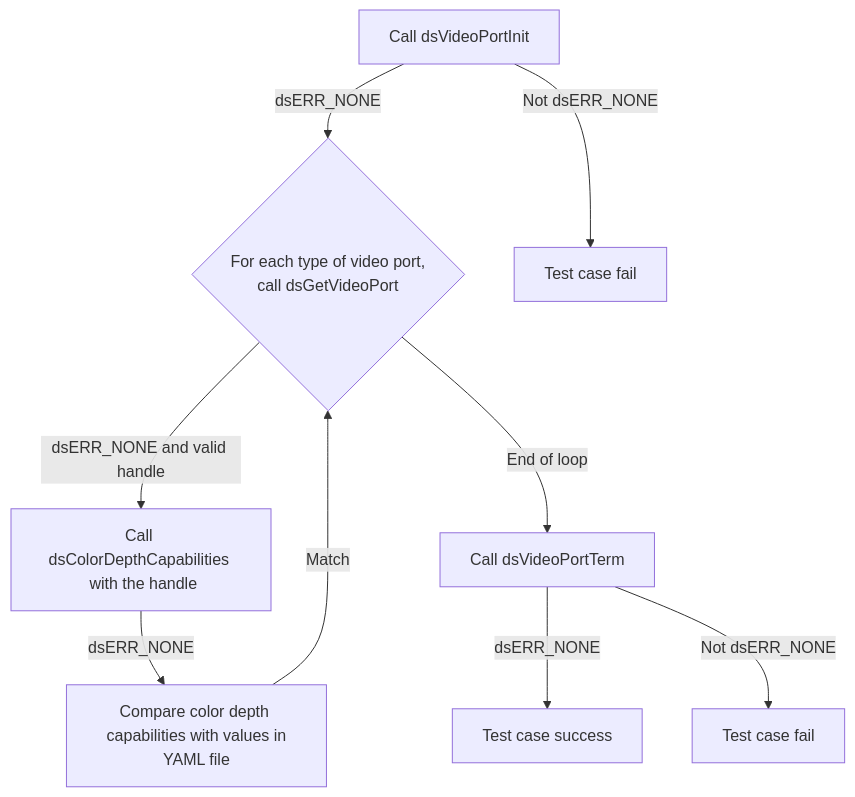
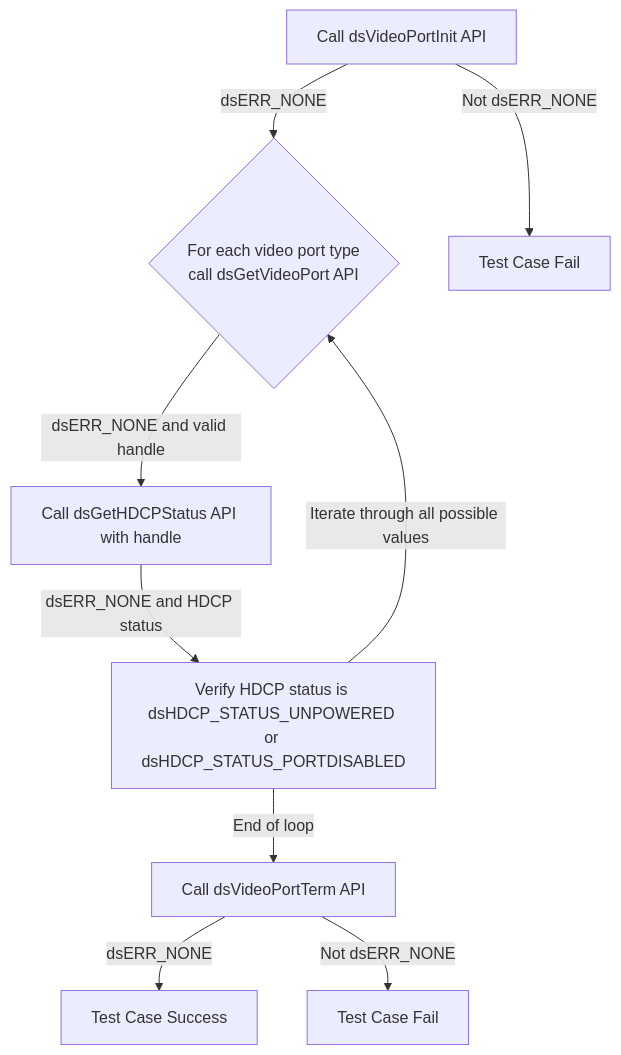
Diagram 15 of 30 in docs/pages/dsVideoPort_L2_Low-Level_TestSpecification.md (rdkcentral/rdk-halif-test-device_settings), drawn with Mermaid before and after one commit. The commit also changed other lines of this file and 5 other files, not shown here.

````diff
--- a/docs/pages/dsVideoPort_L2_Low-Level_TestSpecification.md
+++ b/docs/pages/dsVideoPort_L2_Low-Level_TestSpecification.md
@@ -601,11 +687,11 @@
 ```mermaid
 graph TB
-A[Call dsVideoPortInit] -->|dsERR_NONE| B{For each type of video port, <br> call dsGetVideoPort }
-A -->|Not dsERR_NONE| A1[Test case fail]
-B -->|dsERR_NONE and valid handle| C[Call dsColorDepthCapabilities <br> with the handle]
-C -->|dsERR_NONE| D[Compare color depth <br> capabilities with values in YAML file]
-D -->|Match| B
-B -->|End of loop|E[Call dsVideoPortTerm]
-E -->|dsERR_NONE| F[Test case success]
-E -->|Not dsERR_NONE| E1[Test case fail]
+    A[Call dsVideoPortInit API] --> |dsERR_NONE| B{For each video port type <br>call dsGetVideoPort API}
+    A -->|Not dsERR_NONE| A1[Test Case Fail]
+    B -->|dsERR_NONE and valid handle| C[Call dsGetHDCPStatus API with handle]
+    C -->|dsERR_NONE and HDCP status| D[Verify HDCP status is dsHDCP_STATUS_UNPOWERED or dsHDCP_STATUS_PORTDISABLED]
+    D --> |Iterate through all possible values| B
+    D -->|End of loop|E[Call dsVideoPortTerm API]
+    E -->|dsERR_NONE| F[Test Case Success]
+    E -->|Not dsERR_NONE| E1[Test Case Fail]
 ```
````
